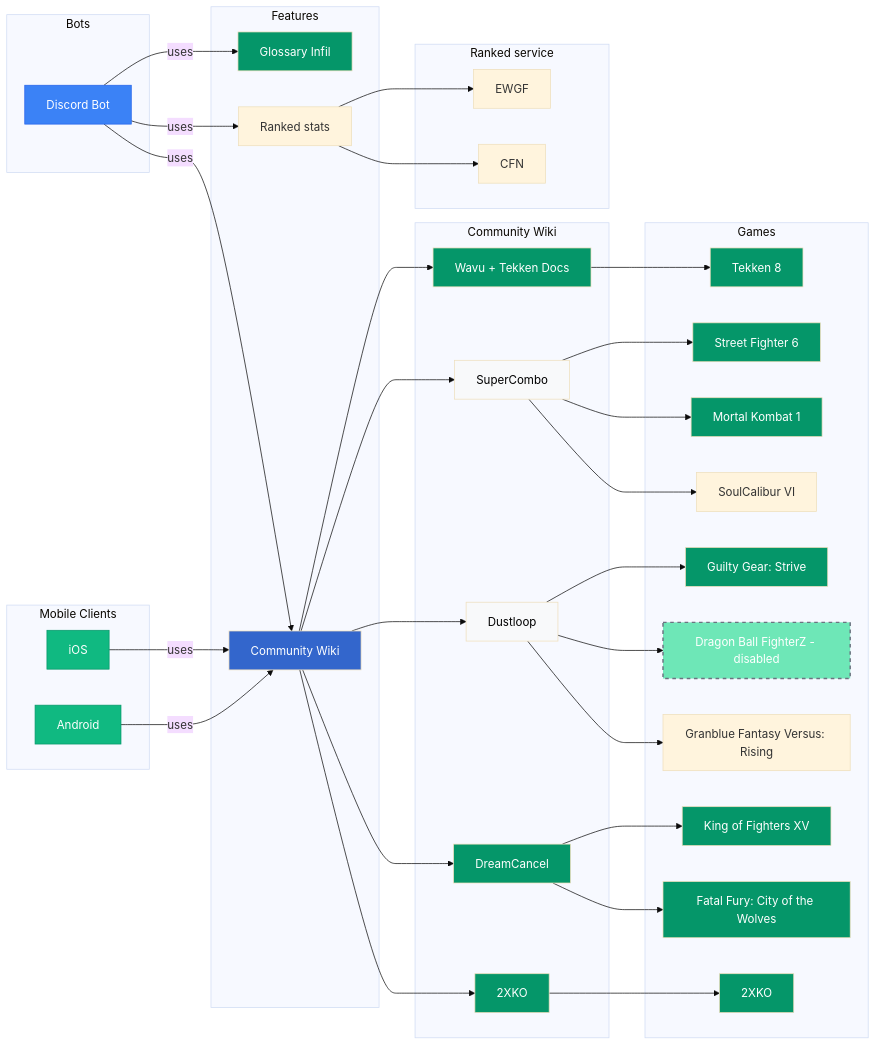
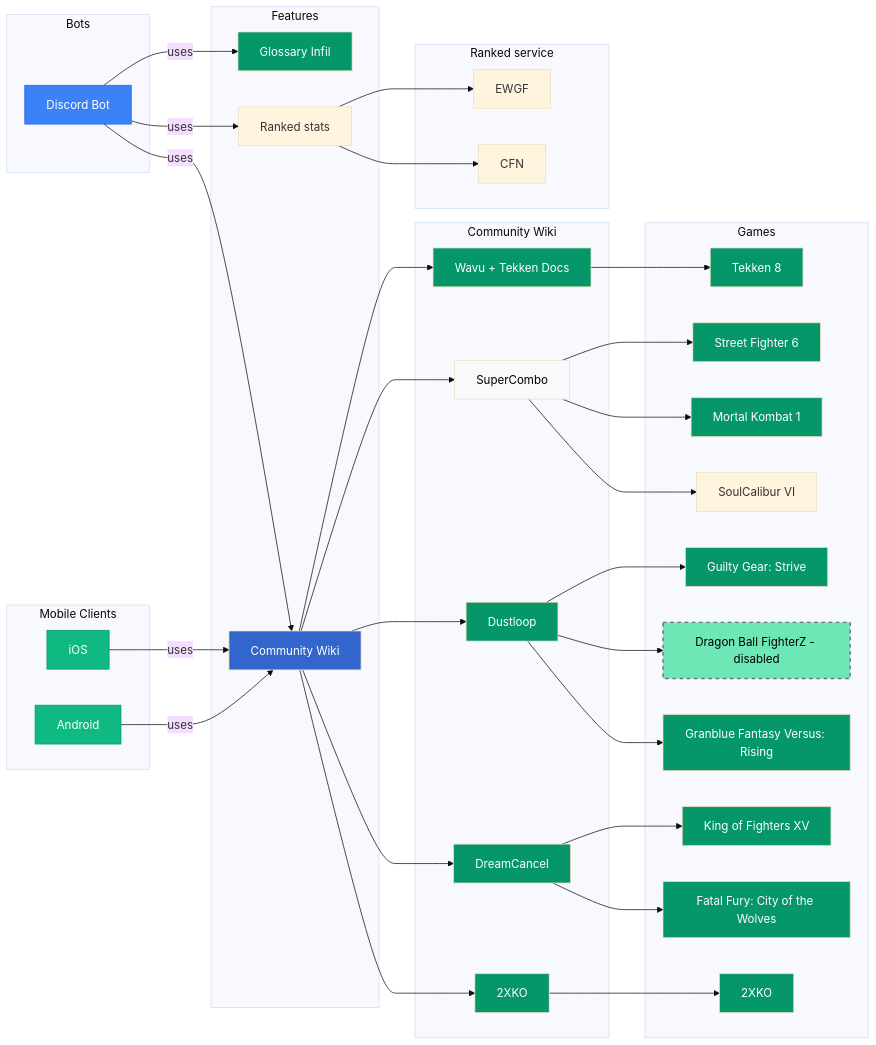
The diagram in mermaid/modules.mmd (Sophon/FightingNerd), drawn with Mermaid (base theme) before and after one commit. The commit also changed 1 other file, not shown here.

Commit message:
doc (mermaid): modules

```diff
--- a/mermaid/modules.mmd
+++ b/mermaid/modules.mmd
@@ -1,88 +1,89 @@
 graph LR
     subgraph Bots
         discordBot[Discord Bot]
     end
 
     subgraph "Mobile Clients"
         android[Android]
         iOS[iOS]
     end
 
     subgraph Features
         glossaryInfil[Glossary Infil]
         communityWiki[Community Wiki]
         elo[Ranked stats]
     end
 
     subgraph Community Wiki
         wikiWavu[Wavu + Tekken Docs]
         supercombo[SuperCombo]
         2xko[2XKO]
         dustloop[Dustloop]
         dreamcancel[DreamCancel]
     end
 
     subgraph Games
         t8[Tekken 8]
         sf6[Street Fighter 6]
         mk1[Mortal Kombat 1]
         sc6[SoulCalibur VI]
         ggst[Guilty Gear: Strive]
         dbfz[Dragon Ball FighterZ - disabled]
         gbvsr[Granblue Fantasy Versus: Rising]
         kof15[King of Fighters XV]
         cotw[Fatal Fury: City of the Wolves]
         xko[2XKO]
     end
 
     subgraph Ranked service
         ewgf[EWGF]
         cfn[CFN]
     end
 
     android -->|uses| communityWiki
     iOS -->|uses| communityWiki
 
     discordBot -->|uses| glossaryInfil
     discordBot -->|uses| communityWiki
     discordBot -->|uses| elo
 
     communityWiki --> wikiWavu
     communityWiki --> supercombo
     communityWiki --> 2xko
     communityWiki --> dreamcancel
     communityWiki --> dustloop
 
     elo --> ewgf
     elo --> cfn
 
     wikiWavu --> t8
     supercombo --> sf6
     supercombo --> mk1
     supercombo --> sc6
     dustloop --> ggst
     dustloop --> dbfz
     dustloop --> gbvsr
     2xko --> xko
     dreamcancel --> kof15
     dreamcancel --> cotw
 
 
     style discordBot fill:#3B82F6,stroke:#2563EB,color:#fff
     style android fill:#10B981,stroke:#059669,color:#fff
     style iOS fill:#10B981,stroke:#059669,color:#fff
     style glossaryInfil fill:#059669,color:#fff
     style communityWiki fill:#3366CC,color:#fff
     style wikiWavu fill:#059669,color:#fff
     style supercombo fill:#F8F9FA,color:#000000
     style dreamcancel fill:#059669, color:#fff
-    style dustloop fill:#F8F9FA,color:#000000
+    style dustloop fill:#059669,color:#fff
     style 2xko fill:#059669,color:#fff
     style t8 fill:#059669, color:#fff
     style sf6 fill:#059669, color:#fff
     style xko fill:#059669, color:#fff
     style kof15 fill:#059669,color:#fff
     style cotw fill:#059669,color:#fff
     style ggst fill:#059669,color:#fff
     style mk1 fill:#059669,color:#fff
-    style dbfz fill:#6EE7B7,color:#fff,stroke:#6B7280,stroke-width:2,stroke-dasharray:5 5
+    style dbfz fill:#6EE7B7,color:#000000,stroke:#6B7280,stroke-width:2,stroke-dasharray:5 5
+    style gbvsr fill:#059669,color:#fff
```
